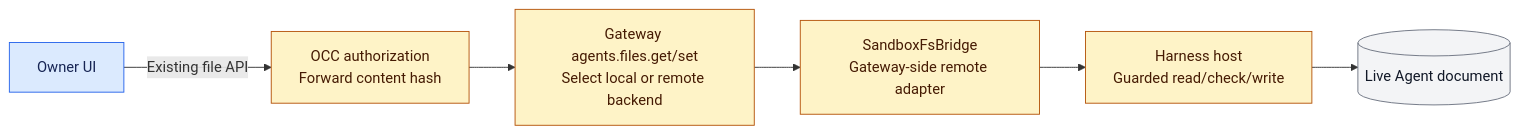
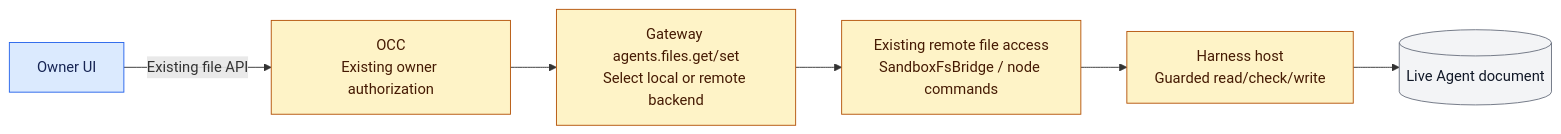
One commit to IsaiahStapleton/openclaw-enterprise changed the second of 3 diagrams in specs/28-gateway-harness-storage-split.md. Above: the diagram before and after it, drawn with Mermaid. The commit also changed other lines of this file, not shown here.

Commit message:
docs: simplify storage split decisions and qualify remote reuse

````diff
--- a/specs/28-gateway-harness-storage-split.md
+++ b/specs/28-gateway-harness-storage-split.md
@@ -72,14 +69,14 @@
 ```mermaid
 flowchart LR
-  UI["Owner UI"] -->|"Existing file API"| OCC["OCC authorization<br/>Forward content hash"]
+  UI["Owner UI"] -->|"Existing file API"| OCC["OCC<br/>Existing owner authorization"]
   OCC --> RPC["Gateway agents.files.get/set<br/>Select local or remote backend"]
-  RPC --> FS["SandboxFsBridge<br/>Gateway-side remote adapter"]
+  RPC --> FS["Existing remote file access<br/>SandboxFsBridge / node commands"]
   FS --> R["Harness host<br/>Guarded read/check/write"]
   R --> W[("Live Agent document")]
   classDef reuse fill:#dbeafe,stroke:#2563eb,color:#172554;
   classDef adapt fill:#fef3c7,stroke:#b45309,color:#451a03;
   classDef data fill:#f3f4f6,stroke:#6b7280,color:#111827;
   class UI reuse;
   class OCC,RPC,FS,R adapt;
   class W data;
 ```
````
